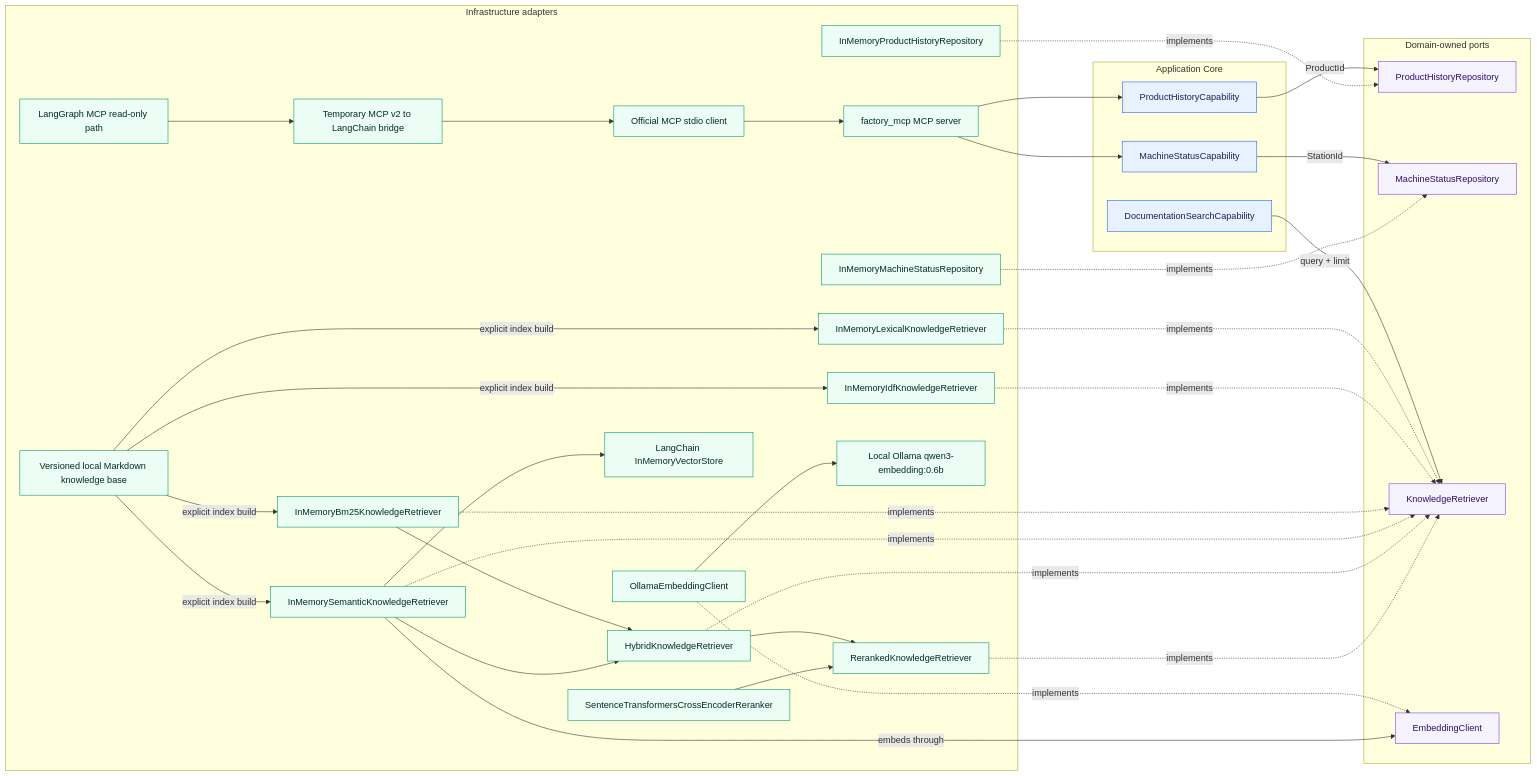
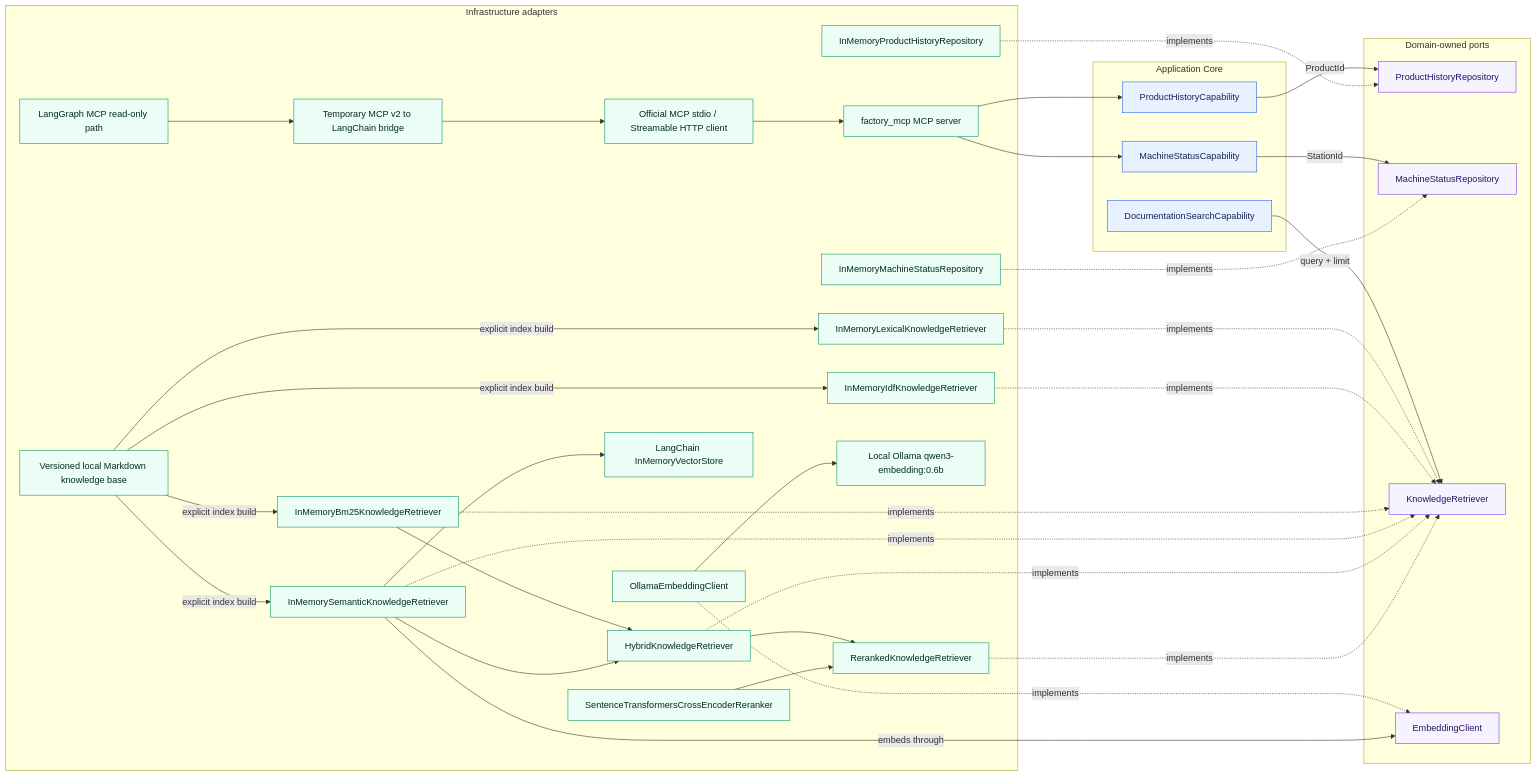
The first of 11 diagrams in docs/architecture/overview.md (aboerzel/industrial-ai-agent), drawn with Mermaid before and after one commit. The commit also changed other lines of this file and 20 other files, not shown here.

Commit message:
feat: add Dockerized MCP Streamable HTTP transport

````diff
--- a/docs/architecture/overview.md
+++ b/docs/architecture/overview.md
@@ -29,71 +32,71 @@
 ```mermaid
 flowchart LR
     subgraph Core["Application Core"]
         PHC["ProductHistoryCapability"]
         MSC["MachineStatusCapability"]
         DSC["DocumentationSearchCapability"]
     end
 
     subgraph Ports["Domain-owned ports"]
         PHR["ProductHistoryRepository"]
         MSR["MachineStatusRepository"]
         KR["KnowledgeRetriever"]
         EP["EmbeddingClient"]
     end
 
     subgraph Infrastructure["Infrastructure adapters"]
         PHM["InMemoryProductHistoryRepository"]
         MSM["InMemoryMachineStatusRepository"]
         LKR["InMemoryLexicalKnowledgeRetriever"]
         IDF["InMemoryIdfKnowledgeRetriever"]
         BM25["InMemoryBm25KnowledgeRetriever"]
         SEM["InMemorySemanticKnowledgeRetriever"]
         HYB["HybridKnowledgeRetriever"]
         RER["RerankedKnowledgeRetriever"]
         CEP["SentenceTransformersCrossEncoderReranker"]
         OEC["OllamaEmbeddingClient"]
         VEC["LangChain InMemoryVectorStore"]
         KB["Versioned local Markdown knowledge base"]
         OLLAMA["Local Ollama qwen3-embedding:0.6b"]
         FMCP["factory_mcp MCP server"]
-        MCPCLIENT["Official MCP stdio client"]
+        MCPCLIENT["Official MCP stdio / Streamable HTTP client"]
         MCPBRIDGE["Temporary MCP v2 to LangChain bridge"]
         LG["LangGraph MCP read-only path"]
     end
 
     PHC -->|"ProductId"| PHR
     MSC -->|"StationId"| MSR
     DSC -->|"query + limit"| KR
     PHM -.->|"implements"| PHR
     MSM -.->|"implements"| MSR
     LKR -.->|"implements"| KR
     IDF -.->|"implements"| KR
     BM25 -.->|"implements"| KR
     SEM -.->|"implements"| KR
     HYB -.->|"implements"| KR
     RER -.->|"implements"| KR
     OEC -.->|"implements"| EP
     KB -->|"explicit index build"| LKR
     KB -->|"explicit index build"| IDF
     KB -->|"explicit index build"| BM25
     KB -->|"explicit index build"| SEM
     BM25 --> HYB
     SEM --> HYB
     HYB --> RER
     CEP --> RER
     SEM -->|"embeds through"| EP
     SEM --> VEC
     OEC --> OLLAMA
     FMCP --> PHC
     FMCP --> MSC
     MCPCLIENT --> FMCP
     LG --> MCPBRIDGE
     MCPBRIDGE --> MCPCLIENT
 
     classDef core fill:#e8f1ff,stroke:#2563eb,color:#172554
     classDef port fill:#f5f3ff,stroke:#7c3aed,color:#2e1065
     classDef adapter fill:#ecfdf5,stroke:#059669,color:#022c22
     class PHC,MSC,DSC core
     class PHR,MSR,KR,EP port
     class PHM,MSM,LKR,IDF,BM25,SEM,HYB,RER,CEP,OEC,VEC,KB,OLLAMA,FMCP,MCPCLIENT,MCPBRIDGE,LG adapter
 ```
````
